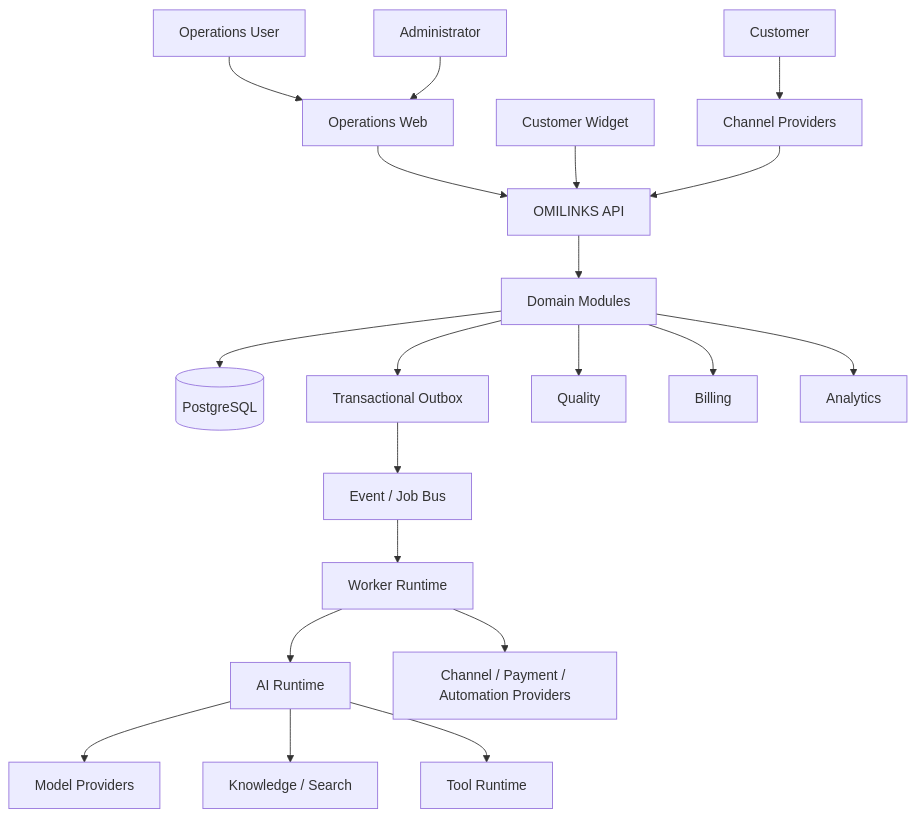
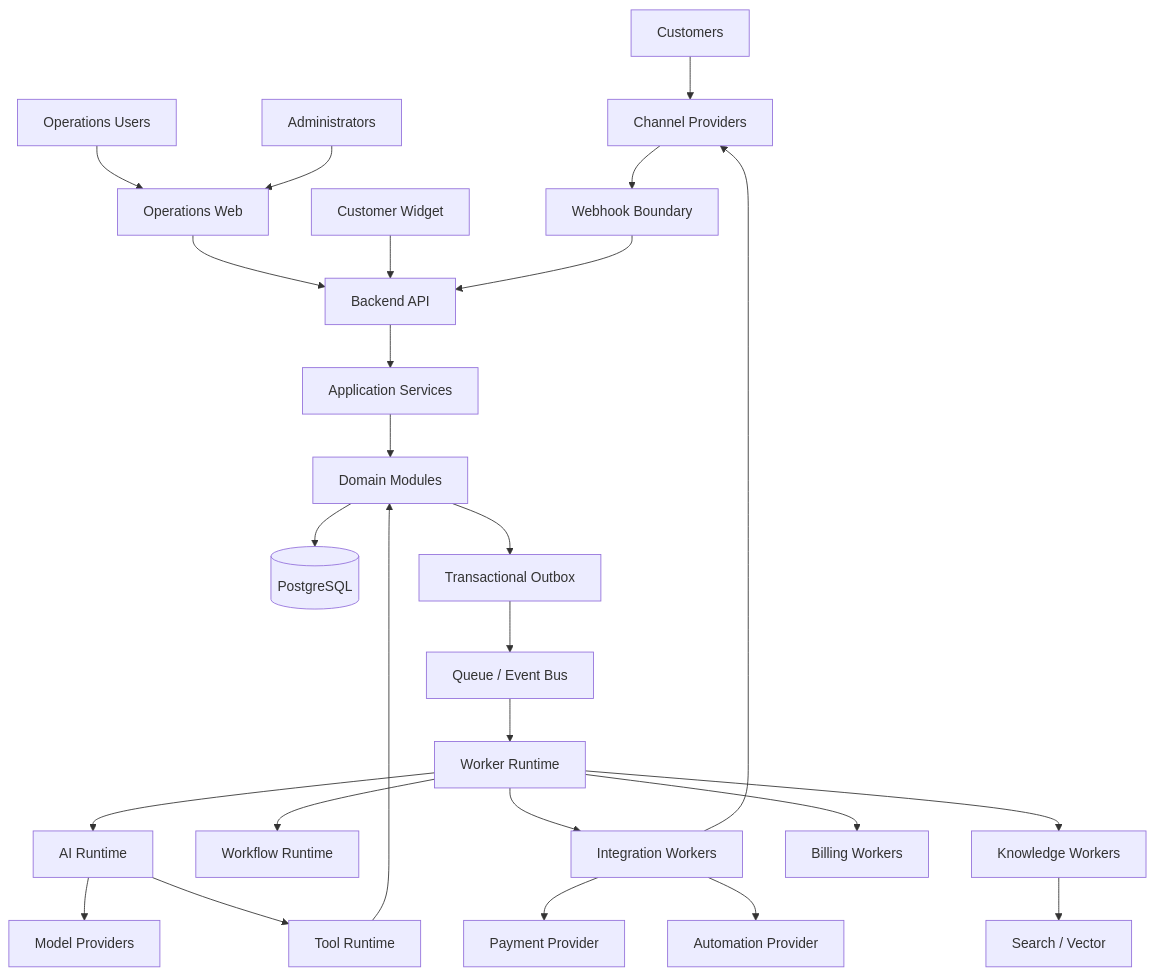
Before and after one commit to D-engahmed/OMILINKS: the first of 3 diagrams in docs/architecture/HLD.md, drawn with Mermaid. The commit also changed other lines of this file and 4 other files, not shown here.

Commit message:
docs: deepen architecture implementation blueprints

```diff
--- a/docs/architecture/HLD.md
+++ b/docs/architecture/HLD.md
@@ -25,25 +20,31 @@
 ~~~mermaid
 flowchart TB
-CUSTOMER[Customer] --> CHANNELS[Channel Providers]
-OPERATOR[Operations User] --> WEB[Operations Web]
-ADMIN[Administrator] --> WEB
-WEB --> API[OMILINKS API]
+CUST[Customers] --> CHANNEL[Channel Providers]
+OPS[Operations Users] --> WEB[Operations Web]
+ADMIN[Administrators] --> WEB
+WEB --> API[Backend API]
 WIDGET[Customer Widget] --> API
+CHANNEL --> WEBHOOK[Webhook Boundary]
+WEBHOOK --> API
 
-CHANNELS --> API
-API --> DOMAIN[Domain Modules]
-DOMAIN --> DB[(PostgreSQL)]
-DOMAIN --> OUTBOX[Transactional Outbox]
-OUTBOX --> BUS[Event / Job Bus]
-BUS --> WORKERS[Worker Runtime]
+API --> APP[Application Services]
+APP --> DOM[Domain Modules]
+DOM --> DB[(PostgreSQL)]
+DOM --> OUTBOX[Transactional Outbox]
 
-WORKERS --> AI[AI Runtime]
+OUTBOX --> BUS[Queue / Event Bus]
+BUS --> WORK[Worker Runtime]
+WORK --> AI[AI Runtime]
+WORK --> WF[Workflow Runtime]
+WORK --> INT[Integration Workers]
+WORK --> KNOW[Knowledge Workers]
+WORK --> BILL[Billing Workers]
+
 AI --> MODELS[Model Providers]
-WORKERS --> PROVIDERS[Channel / Payment / Automation Providers]
-AI --> KNOW[Knowledge / Search]
 AI --> TOOLS[Tool Runtime]
-
-DOMAIN --> QUALITY[Quality]
-DOMAIN --> BILLING[Billing]
-DOMAIN --> ANALYTICS[Analytics]
+TOOLS --> DOM
+INT --> CHANNEL
+INT --> PAY[Payment Provider]
+INT --> N8N[Automation Provider]
+KNOW --> SEARCH[Search / Vector]
 ~~~
```
